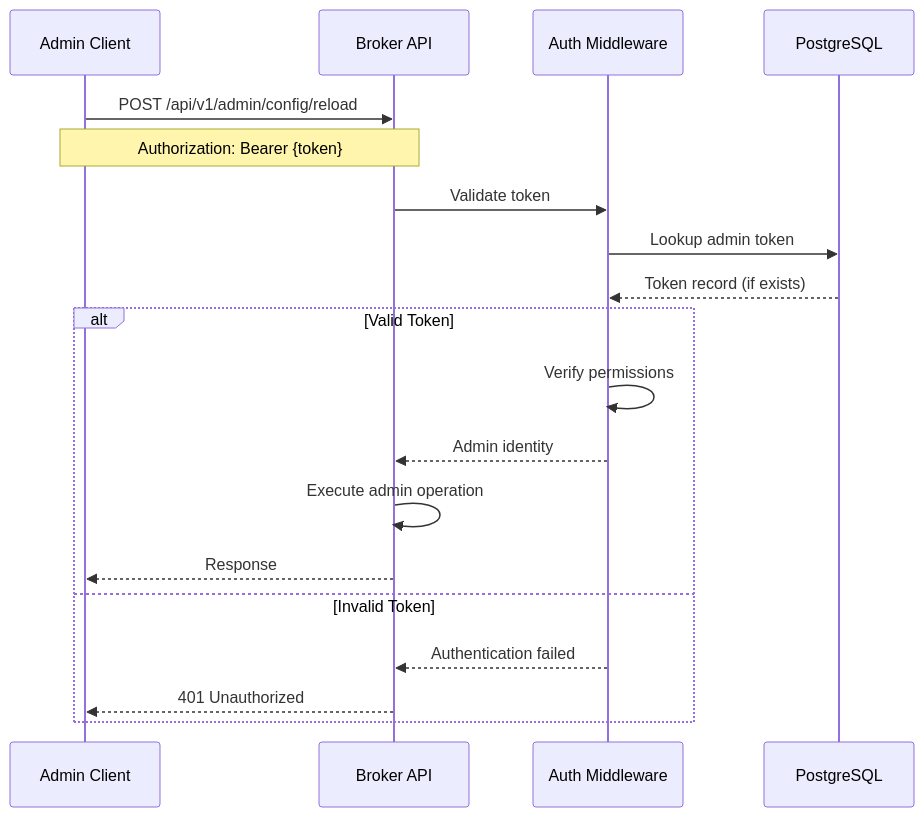
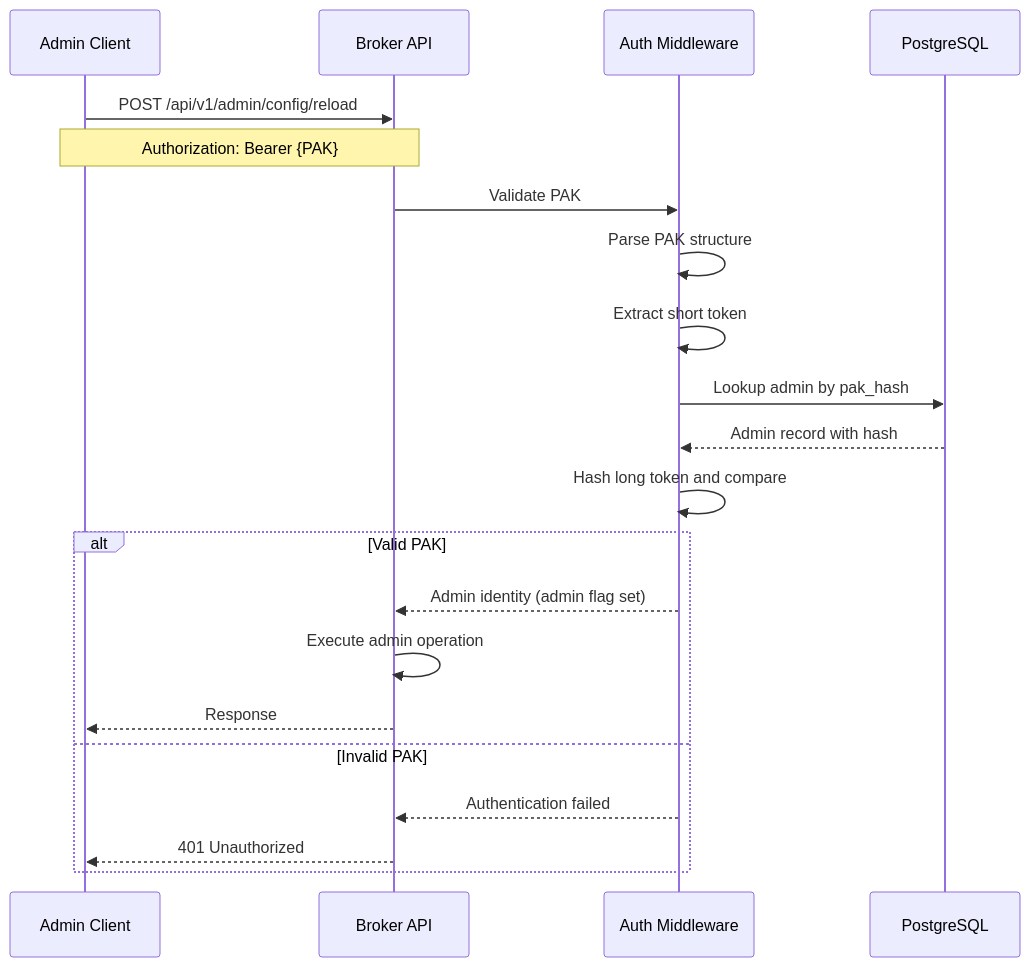
Before and after one commit to colliery-io/brokkr: the ninth of 11 diagrams in docs/content/explanation/data-flows.md, drawn with Mermaid. The commit also changed other lines of this file and 45 other files, not shown here.

```diff
--- a/docs/content/explanation/data-flows.md
+++ b/docs/content/explanation/data-flows.md
@@ -360,24 +361,26 @@
 {{< mermaid >}}
 sequenceDiagram
     participant Admin as Admin Client
     participant Broker as Broker API
     participant Auth as Auth Middleware
     participant DB as PostgreSQL
 
     Admin->>Broker: POST /api/v1/admin/config/reload
-    Note over Admin,Broker: Authorization: Bearer {token}
+    Note over Admin,Broker: Authorization: Bearer {PAK}
 
-    Broker->>Auth: Validate token
-    Auth->>DB: Lookup admin token
-    DB-->>Auth: Token record (if exists)
+    Broker->>Auth: Validate PAK
+    Auth->>Auth: Parse PAK structure
+    Auth->>Auth: Extract short token
+    Auth->>DB: Lookup admin by pak_hash
+    DB-->>Auth: Admin record with hash
+    Auth->>Auth: Hash long token and compare
 
-    alt Valid Token
-        Auth->>Auth: Verify permissions
-        Auth-->>Broker: Admin identity
+    alt Valid PAK
+        Auth-->>Broker: Admin identity (admin flag set)
         Broker->>Broker: Execute admin operation
         Broker-->>Admin: Response
-    else Invalid Token
+    else Invalid PAK
         Auth-->>Broker: Authentication failed
         Broker-->>Admin: 401 Unauthorized
     end
 {{< /mermaid >}}
```
